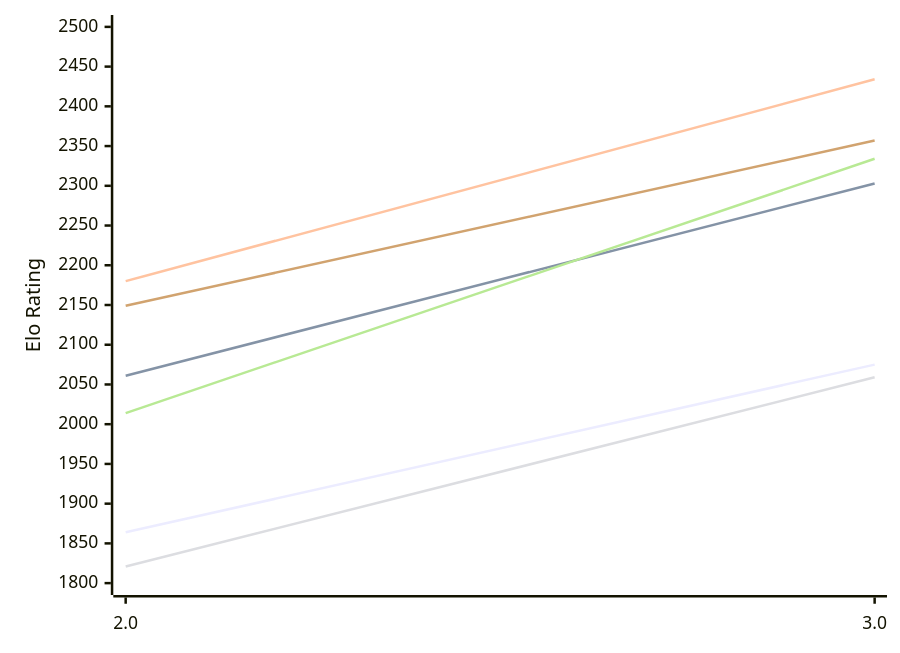
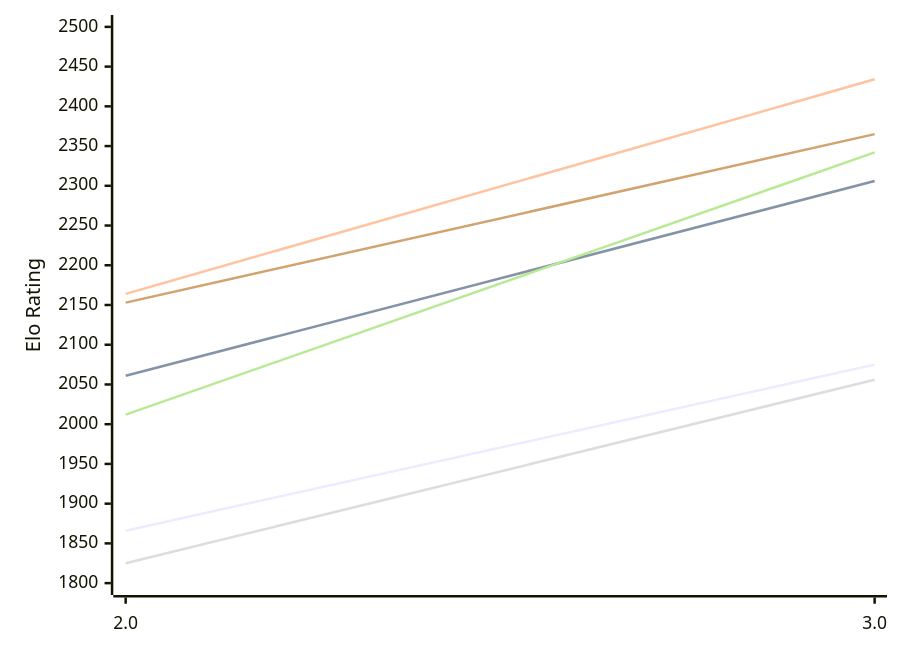
One commit to computer-chess-index/cci changed the first of 2 diagrams in engines/Zeno.md. Above: the diagram before and after it, drawn with Mermaid. The commit also changed other lines of this file, not shown here.

Commit message:
Update CCI Ratings (ELO VLTC) - 2026-11-25

````diff
--- a/engines/Zeno.md
+++ b/engines/Zeno.md
@@ -50,12 +50,12 @@
 ```mermaid
 %%{init: {"theme":"base","themeVariables":{"seriesColors:['#a3a3a3','#222221','#faa371']}}}%%
 xychart-beta
   x-axis ["2.0", "3.0"]
   y-axis "Elo Rating" 1800 --> 2500
-  line "E1: STC (8.0+0.08s)" [1864, 2075]
-  line "E1: LTC (60.0+0.60s)" [2061, 2303]
-  line "E1: VLTC (2m24s+1.12s)" [2180, 2434]
-  line "P1: STC (8.0+0.08s)" [1821, 2059]
-  line "P1: LTC (60.0+0.60s)" [2014, 2334]
-  line "P1: VLTC (2m24s+1.12s)" [2149, 2357]
+  line "E1: STC (8.0+0.08s)" [1866, 2075]
+  line "E1: LTC (60.0+0.60s)" [2061, 2306]
+  line "E1: VLTC (2m24s+1.12s)" [2164, 2434]
+  line "P1: STC (8.0+0.08s)" [1825, 2056]
+  line "P1: LTC (60.0+0.60s)" [2012, 2342]
+  line "P1: VLTC (2m24s+1.12s)" [2153, 2365]
 ```
````
